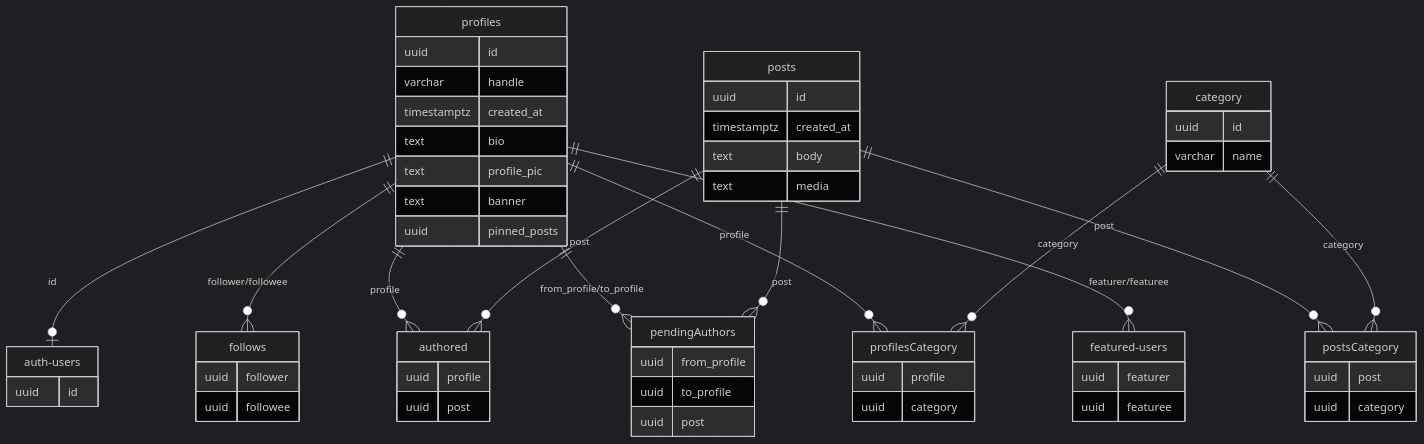
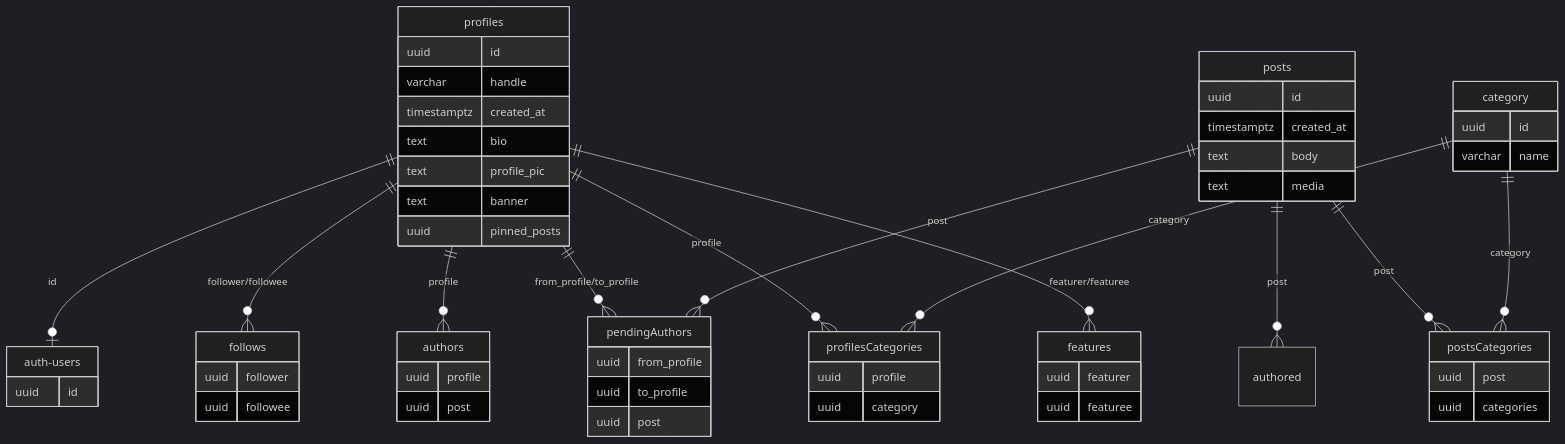
Before and after one commit to AFCMS/malley: the diagram in supabase/README.md, drawn with Mermaid (dark theme). The commit also changed other lines of this file, not shown here.

Commit message:
updated supabase docs

````diff
--- a/supabase/README.md
+++ b/supabase/README.md
@@ -5,74 +20,74 @@
 ```mermaid
 erDiagram
     profiles {
         uuid id
         varchar handle
         timestamptz created_at
         text bio
         text profile_pic
         text banner
         uuid pinned_posts
     }
 
     posts {
         uuid id
         timestamptz created_at
         text body
         text media
     }
 
     category {
         uuid id
         varchar name
     }
 
     follows {
         uuid follower
         uuid followee
     }
 
-    authored {
+    authors {
         uuid profile
         uuid post
     }
 
     pendingAuthors {
         uuid from_profile
         uuid to_profile
         uuid post
     }
 
-    featured-users {
+    features {
         uuid featurer
         uuid featuree
     }
 
-    profilesCategory {
+    profilesCategories {
         uuid profile
         uuid category
     }
 
-    postsCategory {
+    postsCategories {
         uuid post
-        uuid category
+        uuid categories
     }
 
     auth-users {
         uuid id
     }
 
     profiles ||--o| auth-users : "id"
     profiles ||--o{ follows : "follower/followee"
-    profiles ||--o{ authored : "profile"
+    profiles ||--o{ authors : "profile"
     profiles ||--o{ pendingAuthors : "from_profile/to_profile"
-    profiles ||--o{ profilesCategory : "profile"
+    profiles ||--o{ profilesCategories : "profile"
 
     posts ||--o{ authored : "post"
     posts ||--o{ pendingAuthors : "post"
-    posts ||--o{ postsCategory : "post"
+    posts ||--o{ postsCategories : "post"
 
-    category ||--o{ profilesCategory : "category"
-    category ||--o{ postsCategory : "category"
+    category ||--o{ profilesCategories : "category"
+    category ||--o{ postsCategories : "category"
 
-    profiles ||--o{ featured-users : "featurer/featuree"
+    profiles ||--o{ features : "featurer/featuree"
 ```
````
